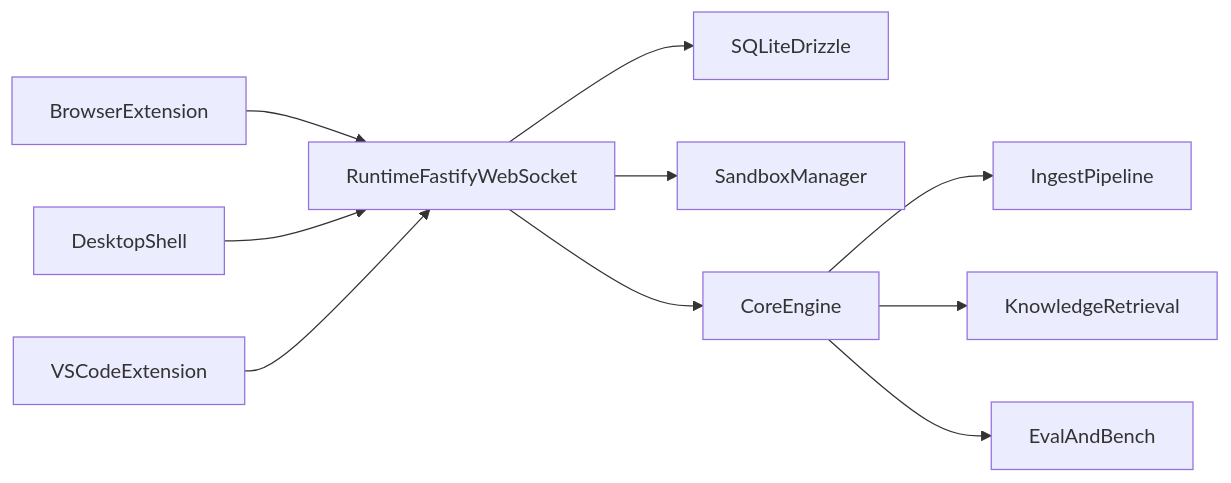
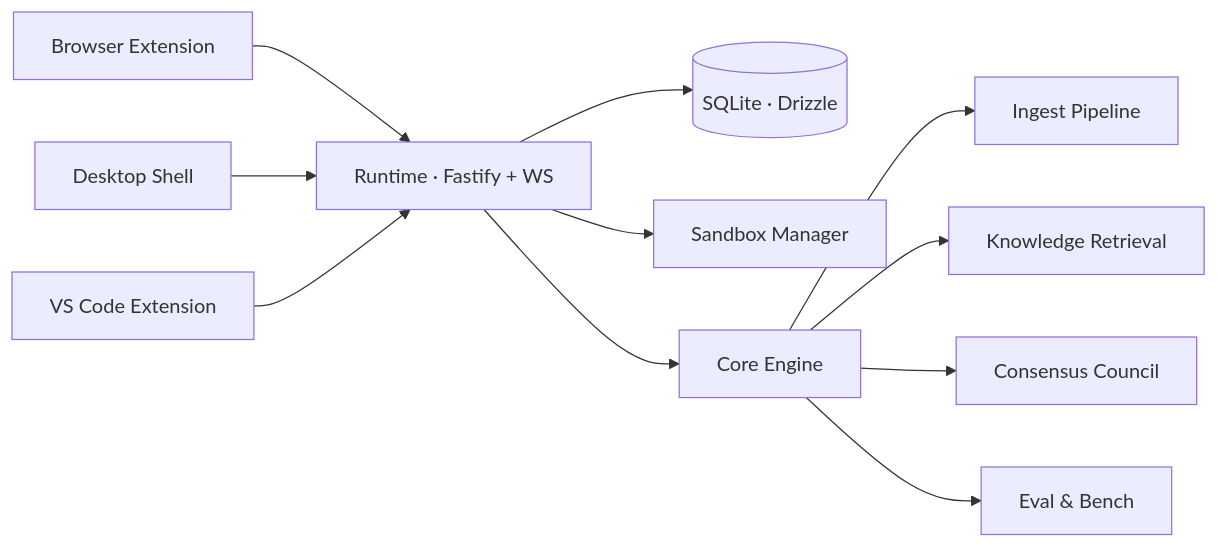
The diagram in README.md (veggaen/dev-vai), drawn with Mermaid before and after one commit. The commit also changed other lines of this file and 7 other files, not shown here.

First line of the commit message:
feat(desktop): workspace UI upgrade — live status, steer/queue, context menu, themed council panel

````diff
--- a/README.md
+++ b/README.md
@@ -77,12 +96,13 @@
 ```mermaid
 flowchart LR
-browserExt[BrowserExtension] --> runtime[RuntimeFastifyWebSocket]
-desktop[DesktopShell] --> runtime
-vscodeExt[VSCodeExtension] --> runtime
-runtime --> sqlite[SQLiteDrizzle]
-runtime --> sandbox[SandboxManager]
-runtime --> core[CoreEngine]
-core --> ingest[IngestPipeline]
-core --> retrieval[KnowledgeRetrieval]
-core --> evals[EvalAndBench]
+  browserExt[Browser Extension] --> runtime[Runtime · Fastify + WS]
+  desktop[Desktop Shell] --> runtime
+  vscodeExt[VS Code Extension] --> runtime
+  runtime --> sqlite[(SQLite · Drizzle)]
+  runtime --> sandbox[Sandbox Manager]
+  runtime --> core[Core Engine]
+  core --> ingest[Ingest Pipeline]
+  core --> retrieval[Knowledge Retrieval]
+  core --> council[Consensus Council]
+  core --> evals[Eval & Bench]
 ```
````
